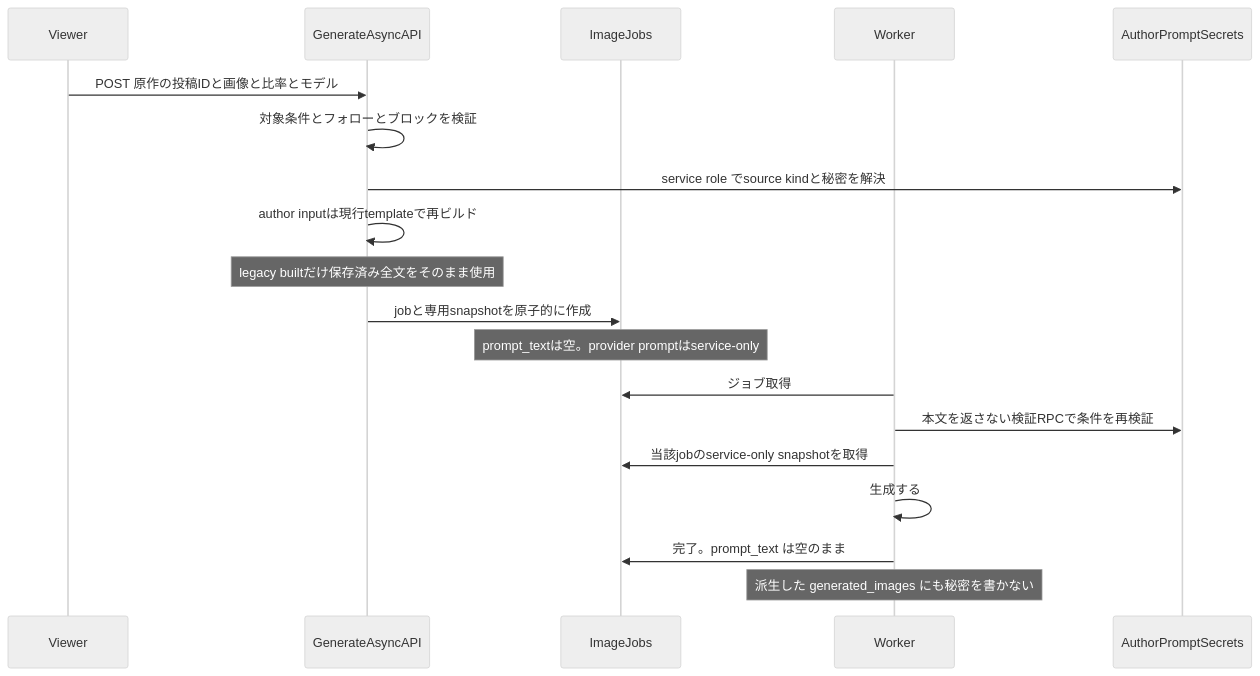
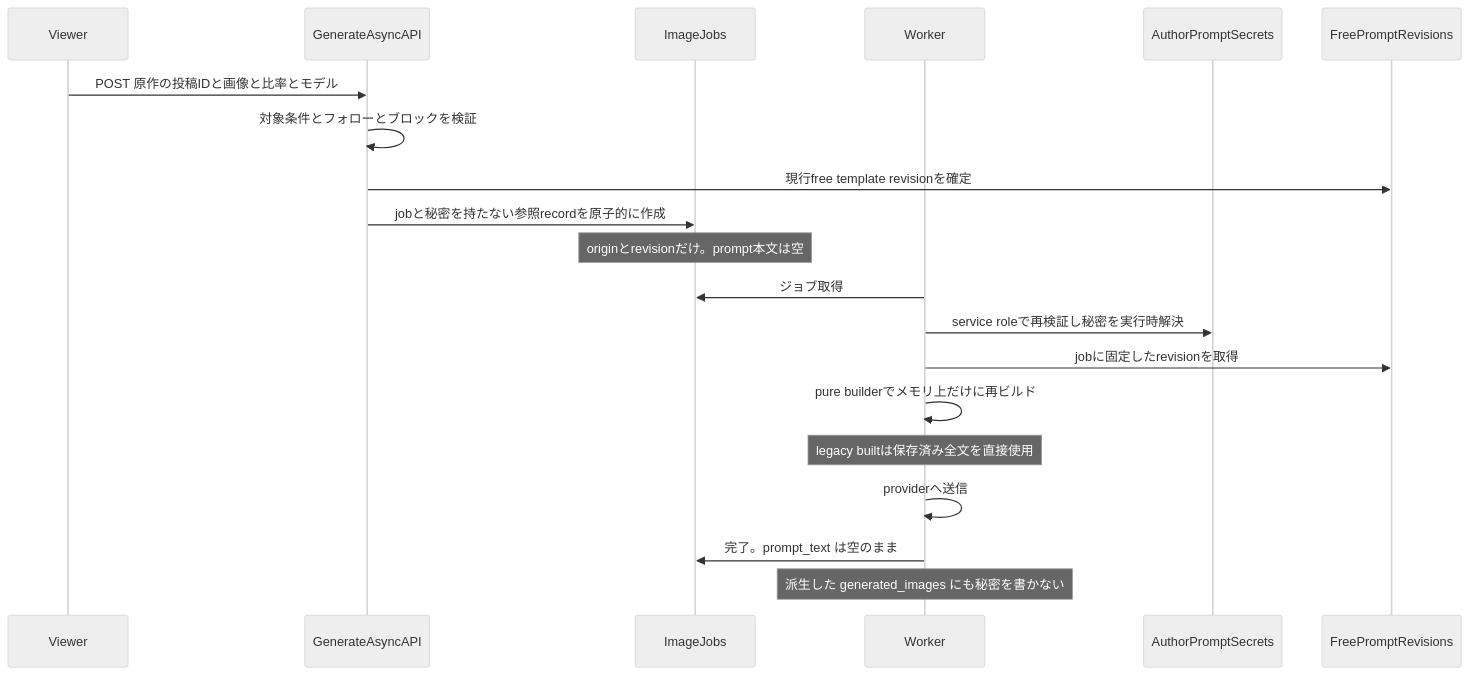
Before and after one commit to 3balljugglerYu/ai_coordinate: the third of 6 diagrams in docs/planning/free-prompt-private-mode-implementation-plan.md, drawn with Mermaid (neutral theme). The commit also changed other lines of this file, not shown here.

Commit message:
docs(plan): harden derived prompt execution design

````diff
--- a/docs/planning/free-prompt-private-mode-implementation-plan.md
+++ b/docs/planning/free-prompt-private-mode-implementation-plan.md
@@ -235,21 +248,22 @@
 ```mermaid
 sequenceDiagram
     participant U as Viewer
     participant API as GenerateAsyncAPI
     participant J as ImageJobs
     participant W as Worker
     participant S as AuthorPromptSecrets
+    participant R as FreePromptRevisions
     U->>API: POST 原作の投稿IDと画像と比率とモデル
     API->>API: 対象条件とフォローとブロックを検証
-    API->>S: service role でsource kindと秘密を解決
-    API->>API: author inputは現行templateで再ビルド
-    Note over API: legacy builtだけ保存済み全文をそのまま使用
-    API->>J: jobと専用snapshotを原子的に作成
-    Note over J: prompt_textは空。provider promptはservice-only
+    API->>R: 現行free template revisionを確定
+    API->>J: jobと秘密を持たない参照recordを原子的に作成
+    Note over J: originとrevisionだけ。prompt本文は空
     W->>J: ジョブ取得
-    W->>S: 本文を返さない検証RPCで条件を再検証
-    W->>J: 当該jobのservice-only snapshotを取得
-    W->>W: 生成する
+    W->>S: service roleで再検証し秘密を実行時解決
+    W->>R: jobに固定したrevisionを取得
+    W->>W: pure builderでメモリ上だけに再ビルド
+    Note over W: legacy builtは保存済み全文を直接使用
+    W->>W: providerへ送信
     W->>J: 完了。prompt_text は空のまま
     Note over W: 派生した generated_images にも秘密を書かない
 ```
````
